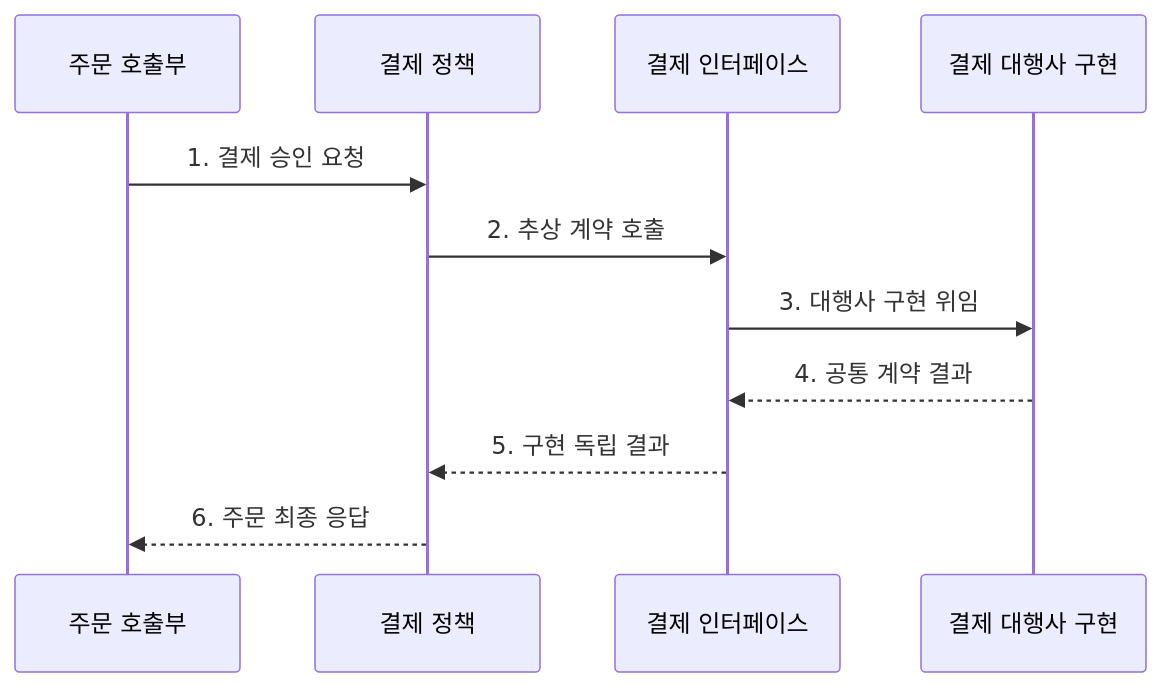
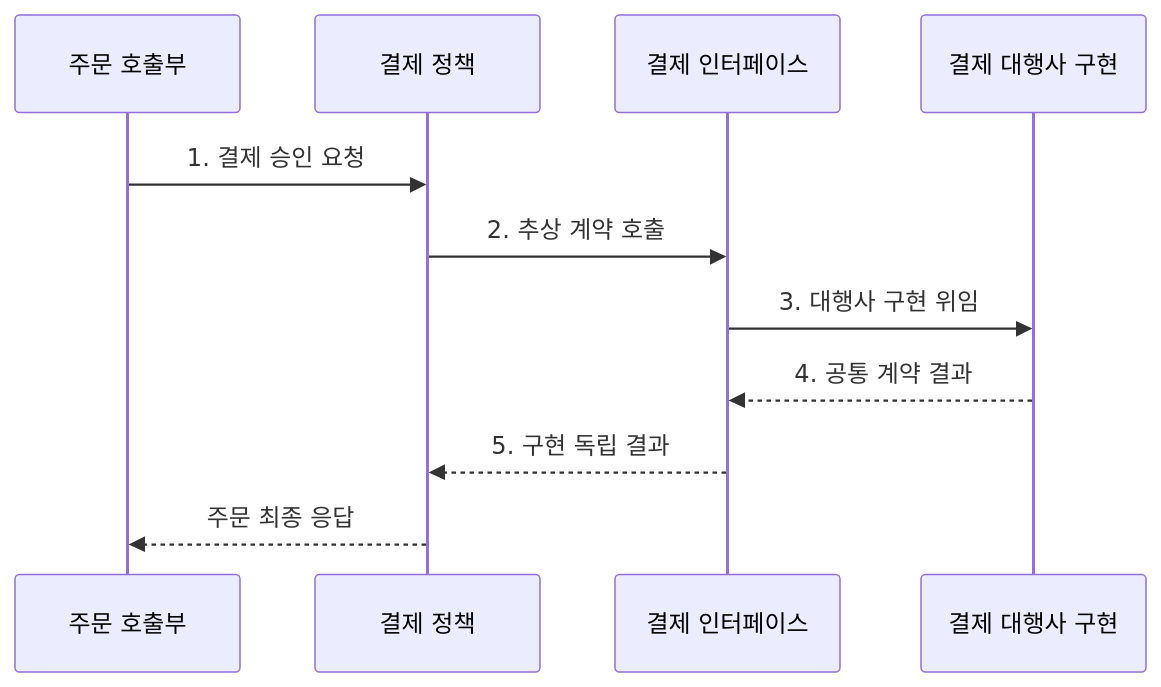
One commit to agnusdei1207/knowledge-base changed the second of 2 diagrams in src/content/docs/notes/03-software/046_solid_principles.md. Above: the diagram before and after it, drawn with Mermaid. The commit also changed other lines of this file and 238 other files, not shown here.

````diff
--- a/src/content/docs/notes/03-software/046_solid_principles.md
+++ b/src/content/docs/notes/03-software/046_solid_principles.md
@@ -84,14 +84,14 @@
 ```mermaid
 sequenceDiagram
     participant C as 주문 호출부
     participant P as 결제 정책
     participant I as 결제 인터페이스
     participant A as 결제 대행사 구현
 
     C->>P: 1. 결제 승인 요청
     P->>I: 2. 추상 계약 호출
     I->>A: 3. 대행사 구현 위임
     A-->>I: 4. 공통 계약 결과
     I-->>P: 5. 구현 독립 결과
-    P-->>C: 6. 주문 최종 응답
+    P-->>C: 주문 최종 응답
 ```
````
